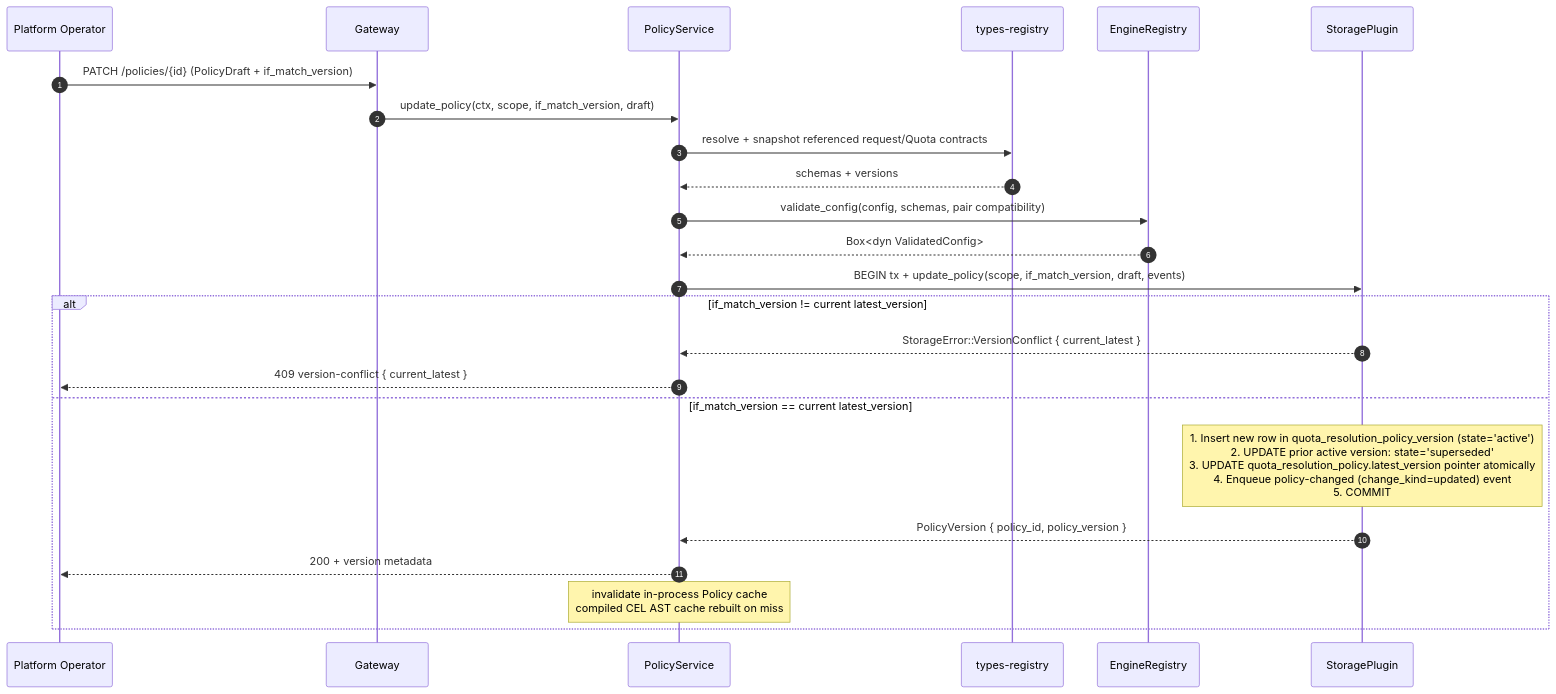
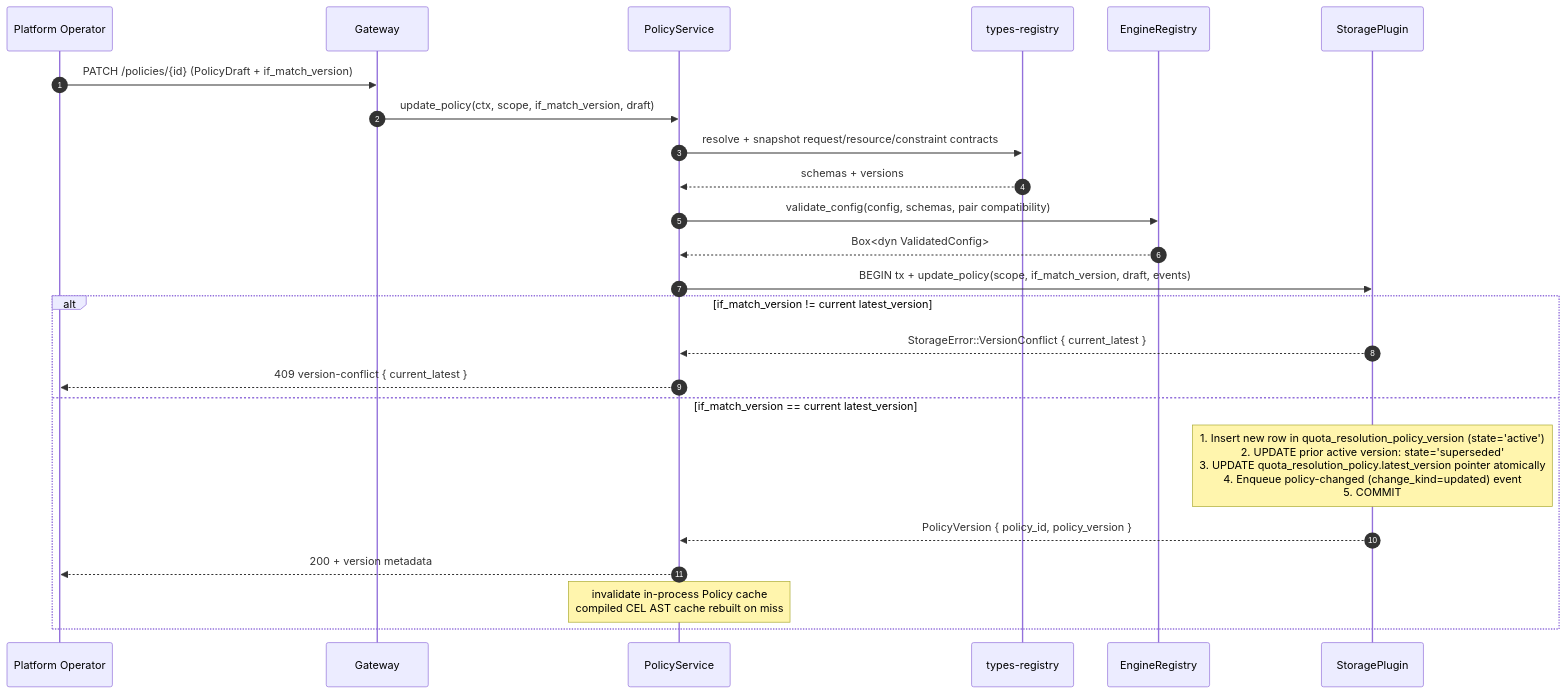
One commit to constructorfabric/gears-rust changed diagram 16 of 17 in gears/system/quota-enforcement/docs/DESIGN.md. Above: the diagram before and after it, drawn with Mermaid. The commit also changed other lines of this file and 29 other files, not shown here.

First line of the commit message:
docs(quota-enforcement): feature docs, S2S attribution model, and contract schemas

````diff
--- a/gears/system/quota-enforcement/docs/DESIGN.md
+++ b/gears/system/quota-enforcement/docs/DESIGN.md
@@ -2029,27 +2058,27 @@
 ```mermaid
 sequenceDiagram
     autonumber
     participant Op as Platform Operator
     participant GW as Gateway
     participant PS as PolicyService
     participant TR as types-registry
     participant ER as EngineRegistry
     participant SP as StoragePlugin
 
     Op ->> GW: PATCH /policies/{id} (PolicyDraft + if_match_version)
     GW ->> PS: update_policy(ctx, scope, if_match_version, draft)
-    PS ->> TR: resolve + snapshot referenced request/Quota contracts
+    PS ->> TR: resolve + snapshot request/resource/constraint contracts
     TR -->> PS: schemas + versions
     PS ->> ER: validate_config(config, schemas, pair compatibility)
     ER -->> PS: Box<dyn ValidatedConfig>
     PS ->> SP: BEGIN tx + update_policy(scope, if_match_version, draft, events)
     alt if_match_version != current latest_version
         SP -->> PS: StorageError::VersionConflict { current_latest }
         PS -->> Op: 409 version-conflict { current_latest }
     else if_match_version == current latest_version
         Note over SP: 1. Insert new row in quota_resolution_policy_version (state='active')<br/>2. UPDATE prior active version: state='superseded'<br/>3. UPDATE quota_resolution_policy.latest_version pointer atomically<br/>4. Enqueue policy-changed (change_kind=updated) event<br/>5. COMMIT
         SP -->> PS: PolicyVersion { policy_id, policy_version }
         PS -->> Op: 200 + version metadata
         Note over PS: invalidate in-process Policy cache<br/>compiled CEL AST cache rebuilt on miss
     end
 ```
````
